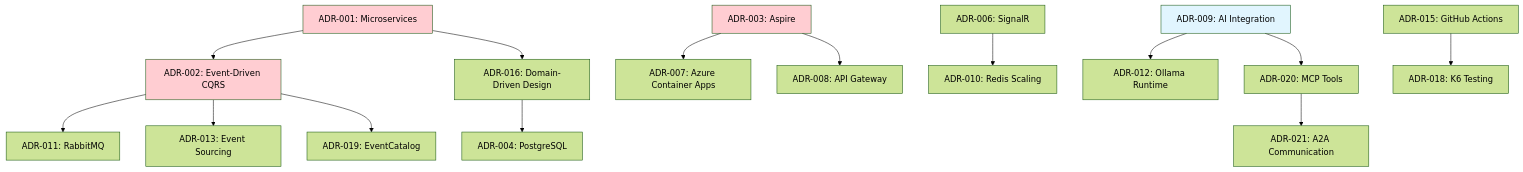
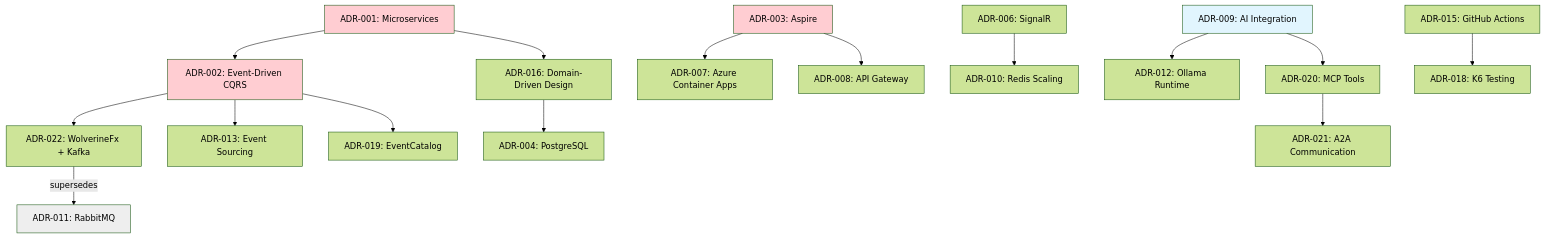
One commit to foxminchan/BookWorm changed the third of 3 diagrams in docs/docusaurus/docs/09-architecture-decisions/overview.mdx. Above: the diagram before and after it, drawn with Mermaid (forest theme). The commit also changed other lines of this file and 65 other files, not shown here.

Commit message:
chore(docs): update architecture decision records (#1127)

````diff
--- a/docs/docusaurus/docs/09-architecture-decisions/overview.mdx
+++ b/docs/docusaurus/docs/09-architecture-decisions/overview.mdx
@@ -167,25 +168,27 @@
 ```mermaid
 graph TD
     A[ADR-001: Microservices] --> B[ADR-002: Event-Driven CQRS]
     A --> C[ADR-016: Domain-Driven Design]
-    B --> D[ADR-011: RabbitMQ]
+    B --> D[ADR-022: WolverineFx + Kafka]
+    D -->|supersedes| D011[ADR-011: RabbitMQ]
     B --> E[ADR-013: Event Sourcing]
     C --> F[ADR-004: PostgreSQL]
 
     G[ADR-003: Aspire] --> H[ADR-007: Azure Container Apps]
     G --> I[ADR-008: API Gateway]
 
     J[ADR-006: SignalR] --> K[ADR-010: Redis Scaling]
 
     L[ADR-009: AI Integration] --> M[ADR-012: Ollama Runtime]
     L --> N[ADR-020: MCP Tools]
     N --> O[ADR-021: A2A Communication]
 
     P[ADR-015: GitHub Actions] --> Q[ADR-018: K6 Testing]
     B --> R[ADR-019: EventCatalog]
 
     style A fill:#ffcdd2
     style B fill:#ffcdd2
     style G fill:#ffcdd2
     style L fill:#e1f5fe
+    style D011 fill:#eeeeee
 ```
````
